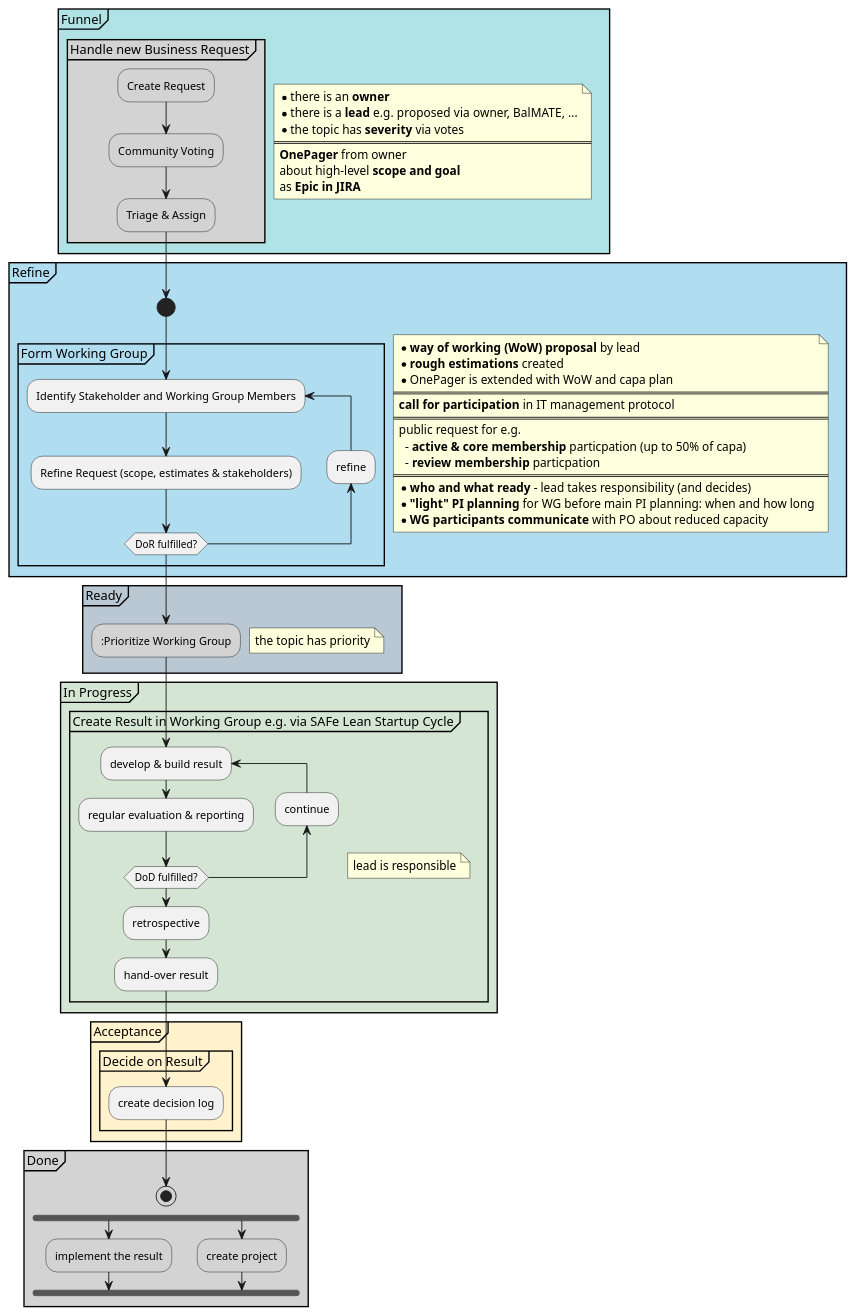
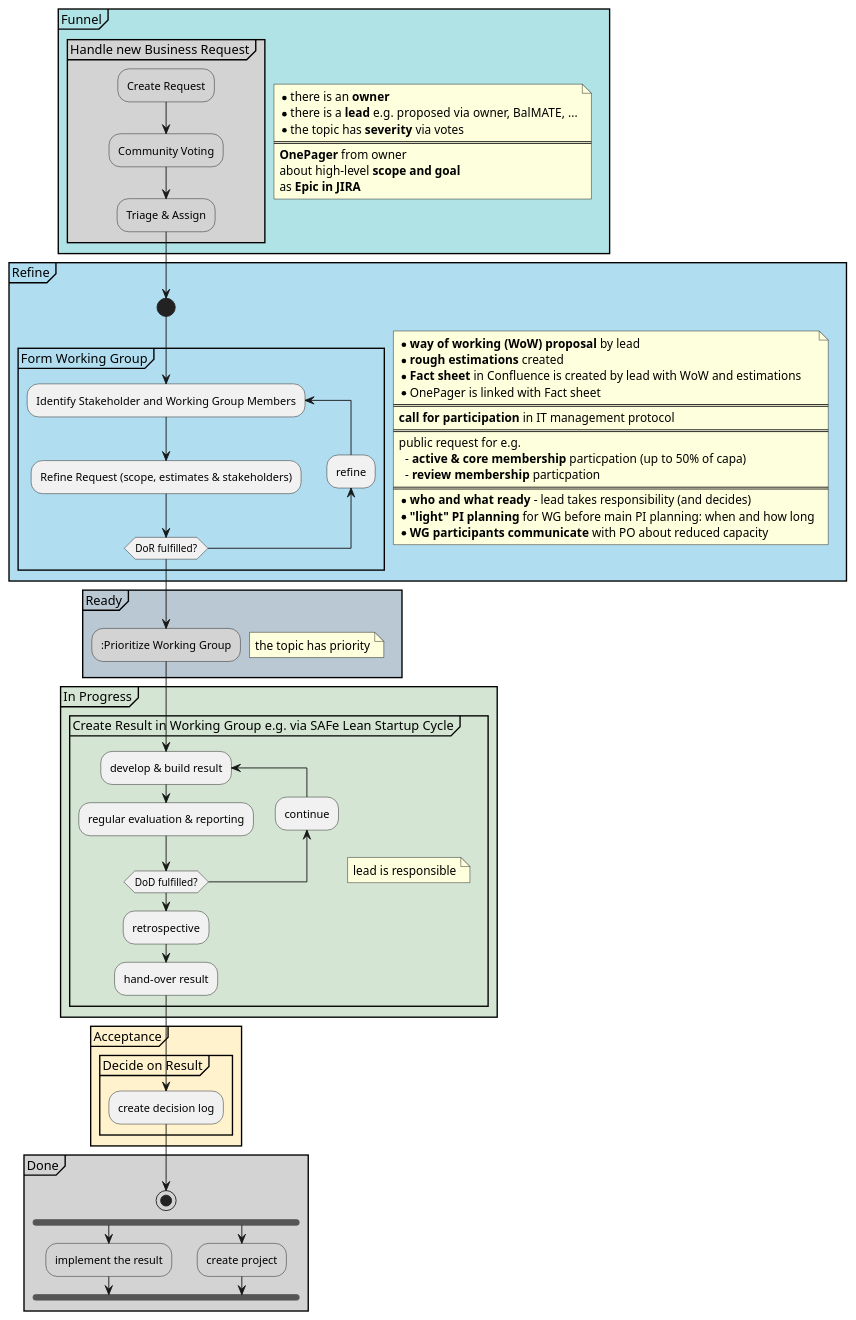
One commit to baloise/BalMATE changed the diagram in docs/concepts/lifecycle.puml. Above: the diagram before and after it, drawn with PlantUML.

Commit message:
Add fact sheet in confluence

```diff
--- a/docs/concepts/lifecycle.puml
+++ b/docs/concepts/lifecycle.puml
@@ -1,85 +1,86 @@
 @startuml
 partition #B0E3E6 "Funnel" {
 
     note right
       * there is an <b>owner</b>
       * there is a <b>lead</b> e.g. proposed via owner, BalMATE, ...
       * the topic has <b>severity</b> via votes
       ====
       <b>OnePager</b> from owner 
       about high-level <b>scope and goal</b>
       as <b>Epic in JIRA</b>
     end note
 
     partition #LightGrey "Handle new Business Request" {
         #LightGrey:Create Request;
         #LightGrey:Community Voting;
         #LightGrey:Triage & Assign;
     }
 }
 
 partition #B0DDF0 "Refine" {
 
     note right
       * <b>way of working (WoW) proposal</b> by lead 
       * <b>rough estimations</b> created
-      * OnePager is extended with WoW and capa plan
+      * <b>Fact sheet</b> in Confluence is created by lead with WoW and estimations
+      * OnePager is linked with Fact sheet 
       ====
       <b>call for participation</b> in IT management protocol
       ====
       public request for e.g. 
         - <b>active & core membership</b> particpation (up to 50% of capa)
         - <b>review membership</b> particpation
       ====
       * <b>who and what ready</b> - lead takes responsibility (and decides)
       * <b>"light" PI planning</b> for WG before main PI planning: when and how long
       * <b>WG participants communicate</b> with PO about reduced capacity
     end note
 
     start
     partition "Form Working Group" {
         repeat :Identify Stakeholder and Working Group Members;
             :Refine Request (scope, estimates & stakeholders);
         backward:refine;
         repeat while (DoR fulfilled?)
     }
 }
 
 partition #BAC8D3 "Ready" {
     note right
       the topic has priority
     end note
 
     #LightGrey::Prioritize Working Group;
 }
 
 partition #D4E6D3 "In Progress" {
     partition "Create Result in Working Group e.g. via SAFe Lean Startup Cycle" {
         note right
           lead is responsible
         end note
 
         repeat :develop & build result;
             :regular evaluation & reporting;
         backward:continue;
         repeat while (DoD fulfilled?)
         :retrospective;
         :hand-over result;
     }
 }
 
 partition #FFF2CC Acceptance {
     partition "Decide on Result" {
         :create decision log;
     }
 }
 
 partition #LightGrey Done {
     stop
     fork
         #LightGrey:implement the result;
     fork again
         #LightGrey:create project;
     endfork
 }
 @enduml
```
